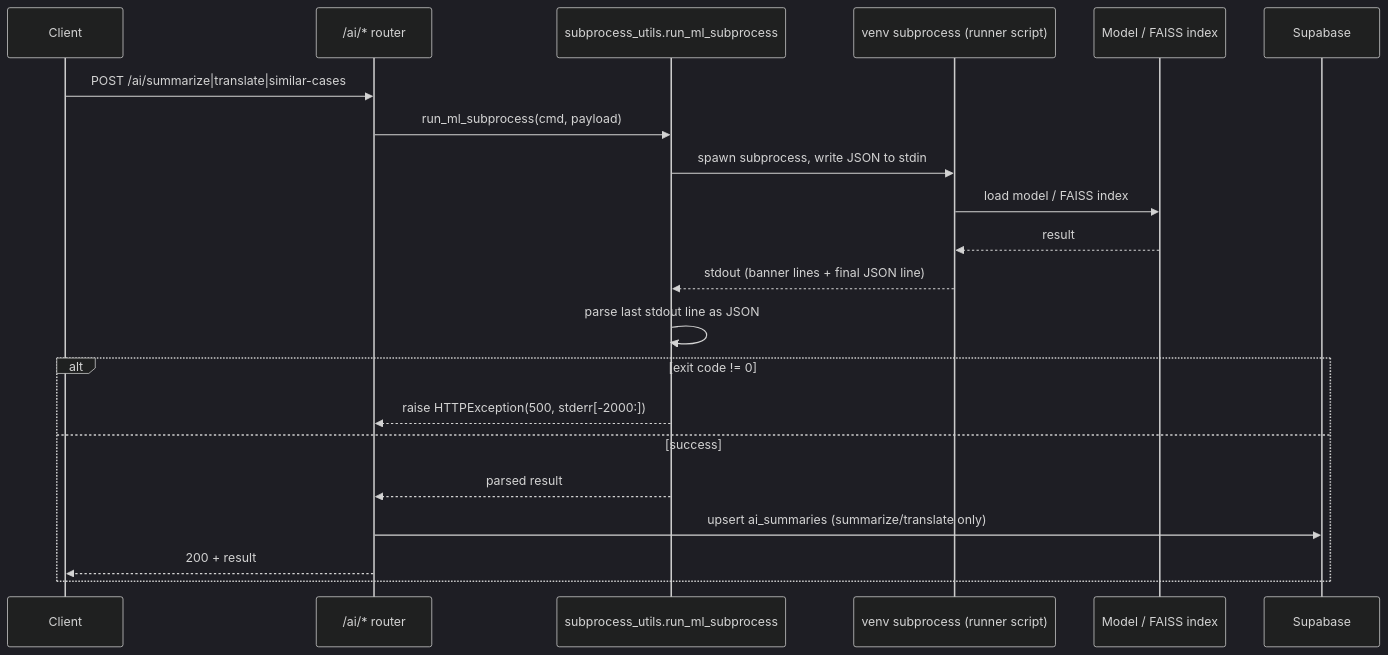
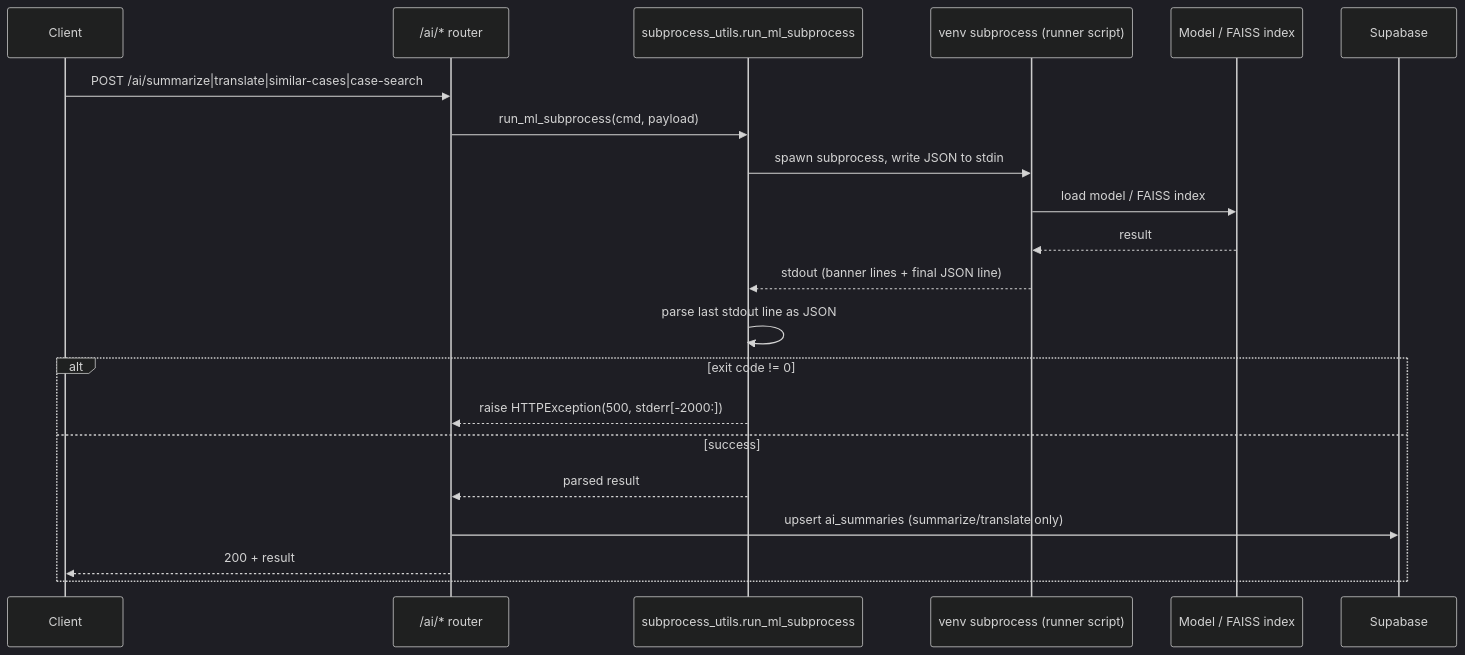
Before and after one commit to eyeofshreyas/BE-Project: the eighth of 14 diagrams in docs/LLD.md, drawn with Mermaid (dark theme). The commit also changed other lines of this file and 6 other files, not shown here.

First line of the commit message:
feat(ai): semantic search over the firm's own cases

````diff
--- a/docs/LLD.md
+++ b/docs/LLD.md
@@ -249,24 +251,24 @@
 ```mermaid
 sequenceDiagram
     participant C as Client
     participant AI as /ai/* router
     participant U as subprocess_utils.run_ml_subprocess
     participant P as venv subprocess (runner script)
     participant M as Model / FAISS index
     participant DB as Supabase
 
-    C->>AI: POST /ai/summarize|translate|similar-cases
+    C->>AI: POST /ai/summarize|translate|similar-cases|case-search
     AI->>U: run_ml_subprocess(cmd, payload)
     U->>P: spawn subprocess, write JSON to stdin
     P->>M: load model / FAISS index
     M-->>P: result
     P-->>U: stdout (banner lines + final JSON line)
     U->>U: parse last stdout line as JSON
     alt exit code != 0
         U-->>AI: raise HTTPException(500, stderr[-2000:])
     else success
         U-->>AI: parsed result
         AI->>DB: upsert ai_summaries (summarize/translate only)
         AI-->>C: 200 + result
     end
 ```
````
